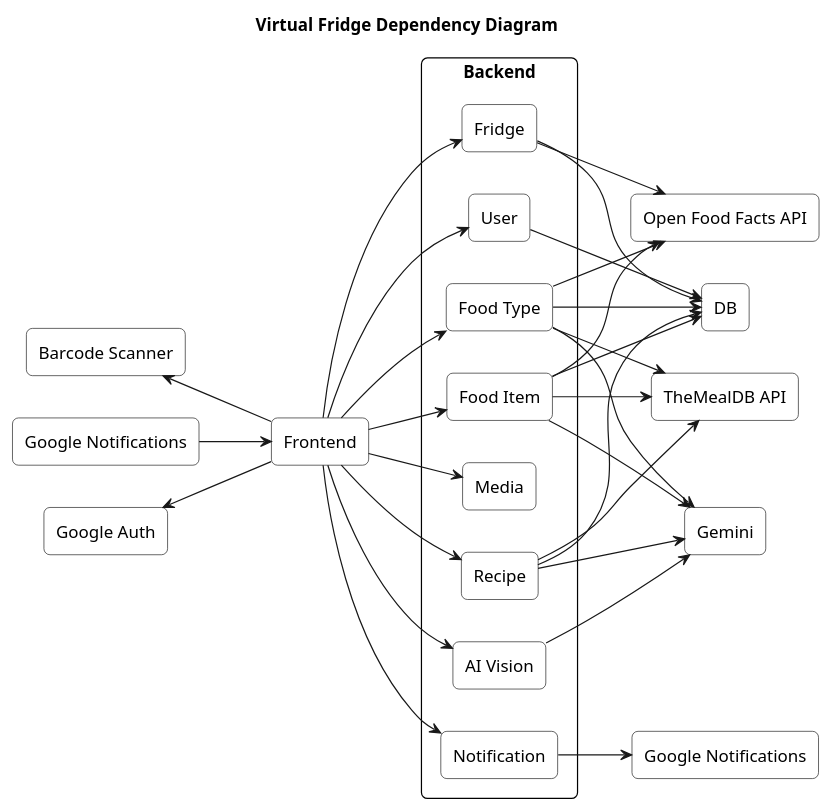
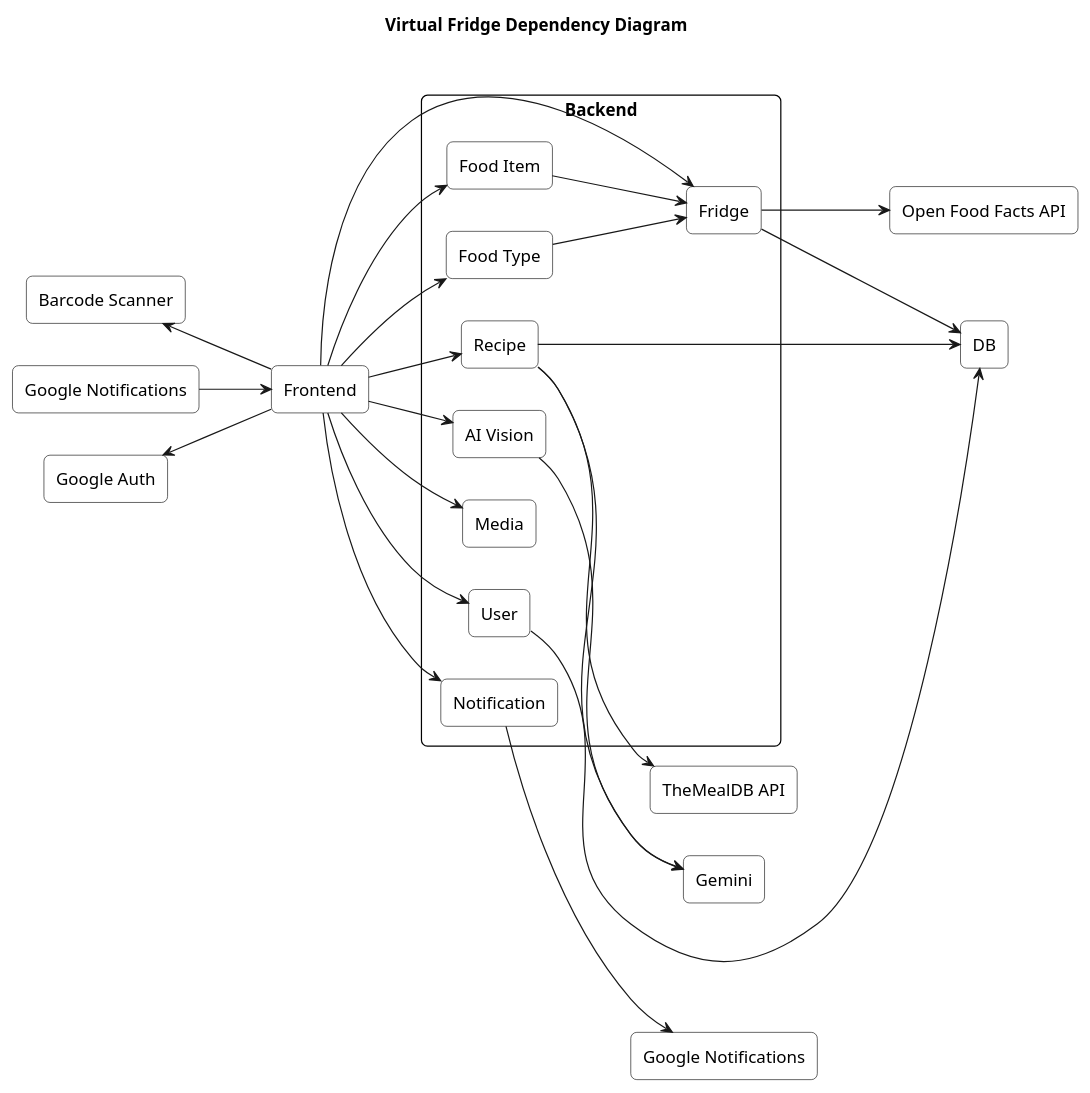
The diagram in documentation/diagrams/dependencyDiagram.plantuml (virtualfridge/virtualfridge), drawn with PlantUML before and after one commit.

Commit message:
Make fooditem/foodtype point to fridge

```diff
--- a/documentation/diagrams/dependencyDiagram.plantuml
+++ b/documentation/diagrams/dependencyDiagram.plantuml
@@ -1,71 +1,65 @@
 @startuml
 title Virtual Fridge Dependency Diagram
 left to right direction
 
 skinparam rectangle {
   BackgroundColor white
   BorderColor black
   RoundCorner 10
 }
 
 ' --- External modules on the left ---
 rectangle "Barcode Scanner" as BarcodeScanner
 rectangle "Google Notifications" as GoogleNotifications_Front
 rectangle "Google Auth" as GoogleAuth
 
 ' --- Frontend ---
 rectangle "Frontend" as Frontend
 
 ' --- Backend with internal components ---
 rectangle "Backend" as Backend {
     rectangle "Fridge" as Fridge
 		rectangle "Food Item" as FoodItem 
 		rectangle "Food Type" as FoodType
 		rectangle "AI Vision" as aiVision
 		rectangle "Media" as Media
     rectangle "User" as User
     rectangle "Notification" as Notification
     rectangle "Recipe" as Recipe
 }
 
 ' --- External APIs and DB on the right ---
 rectangle "Open Food Facts API" as OpenFoodFacts
 rectangle "DB" as DB
 rectangle "Google Notifications" as GoogleNotifications_Back
 rectangle "TheMealDB API" as TheMealDB
 rectangle "Gemini" as Gemini
 
 ' --- Connections (Left side to Frontend) ---
 BarcodeScanner <-- Frontend
 GoogleNotifications_Front --> Frontend
 GoogleAuth <-- Frontend
 
 ' --- Frontend to Backend ---
 Frontend --> Fridge
 Frontend --> FoodItem
 Frontend --> FoodType
 Frontend --> aiVision
 Frontend --> Media
 Frontend --> User
 Frontend --> Recipe
 Frontend --> Notification
 
 ' --- Backend internal and external connections ---
 Fridge --> OpenFoodFacts
 Fridge --> DB
-FoodItem --> DB
-FoodItem --> TheMealDB
-FoodItem --> OpenFoodFacts
-FoodItem --> Gemini
-FoodType --> DB
-FoodType --> TheMealDB
-FoodType --> OpenFoodFacts
-FoodType --> Gemini
+FoodItem --> Fridge
+FoodType --> Fridge
 aiVision --> Gemini
 User --> DB
 Recipe --> DB
 Recipe --> TheMealDB
 Recipe --> Gemini
 Notification --> GoogleNotifications_Back
 
 @enduml
```
